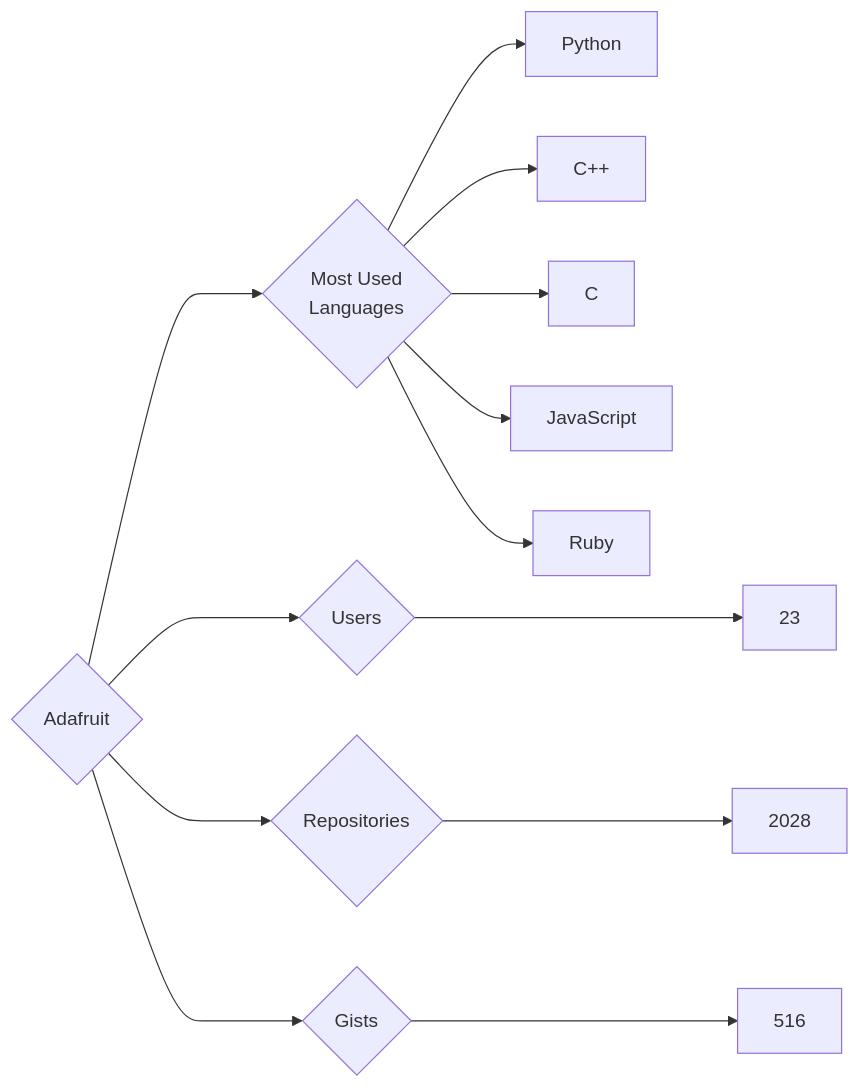
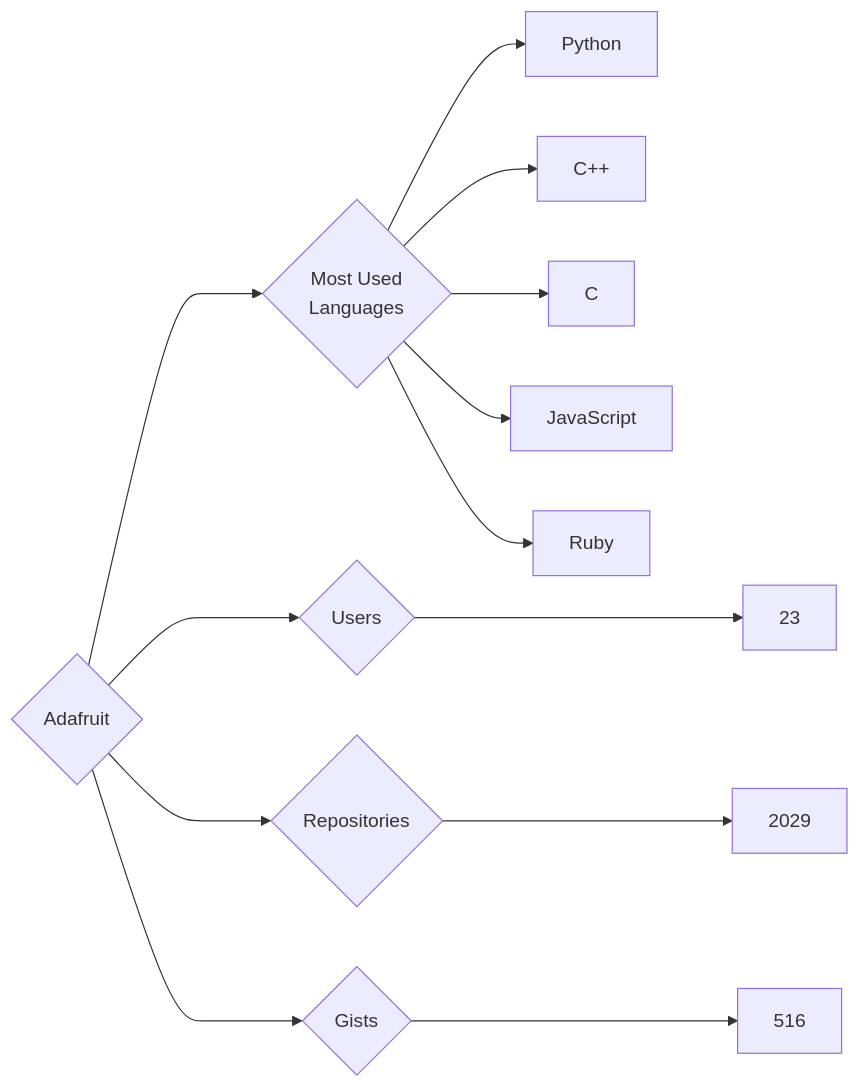
One commit to nenadzaric/insiders changed the diagram in targets/Adafruit/README.md. Above: the diagram before and after it, drawn with Mermaid. The commit also changed 25 other files, not shown here.

````diff
--- a/targets/Adafruit/README.md
+++ b/targets/Adafruit/README.md
@@ -3,13 +3,13 @@
 ```mermaid
 graph LR
 COMPANY_NAME{Adafruit}
 COMPANY_NAME ---> U{Users} ---> UN[23]
-COMPANY_NAME ---> R{Repositories} ---> RN[2028]
+COMPANY_NAME ---> R{Repositories} ---> RN[2029]
 COMPANY_NAME ---> G{Gists} ---> GN[516]
 COMPANY_NAME ---> ML{Most Used<br>Languages}
 ML --> Python[Python]
 ML --> C++[C++]
 ML --> C[C]
 ML --> JavaScript[JavaScript]
 ML --> Ruby[Ruby]
 ```
````
